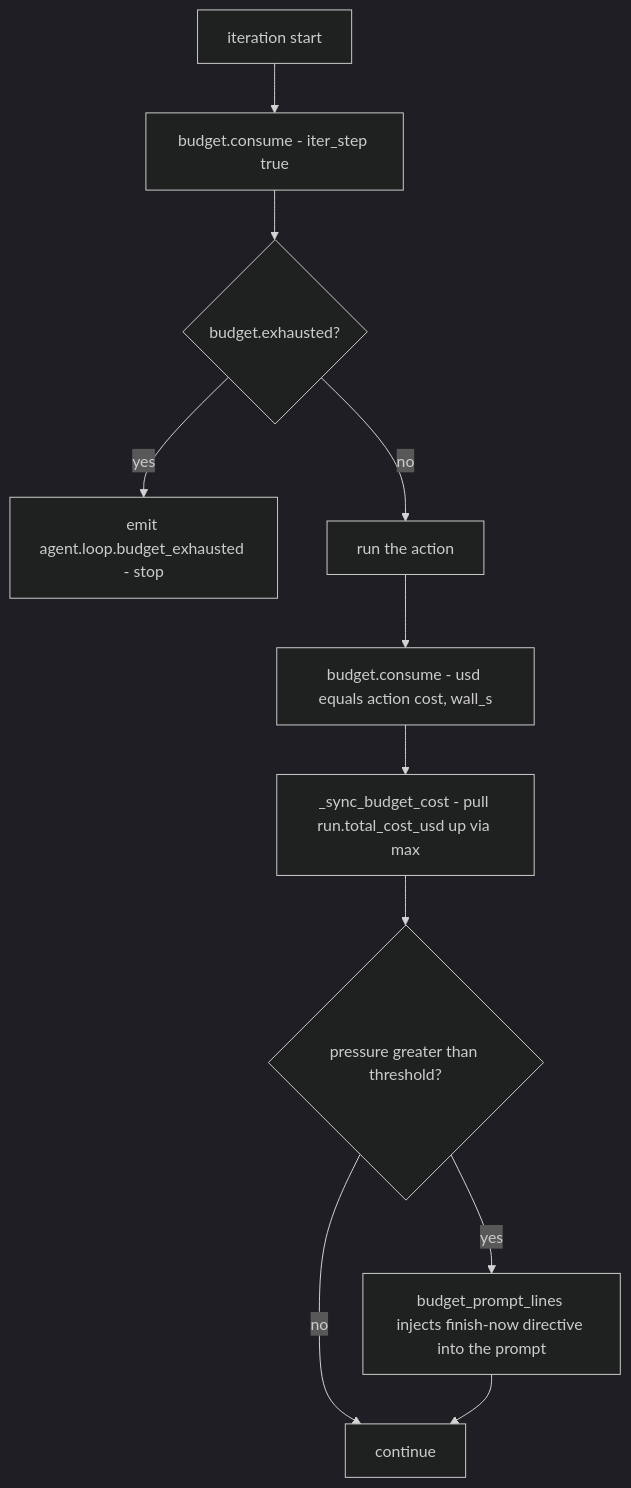
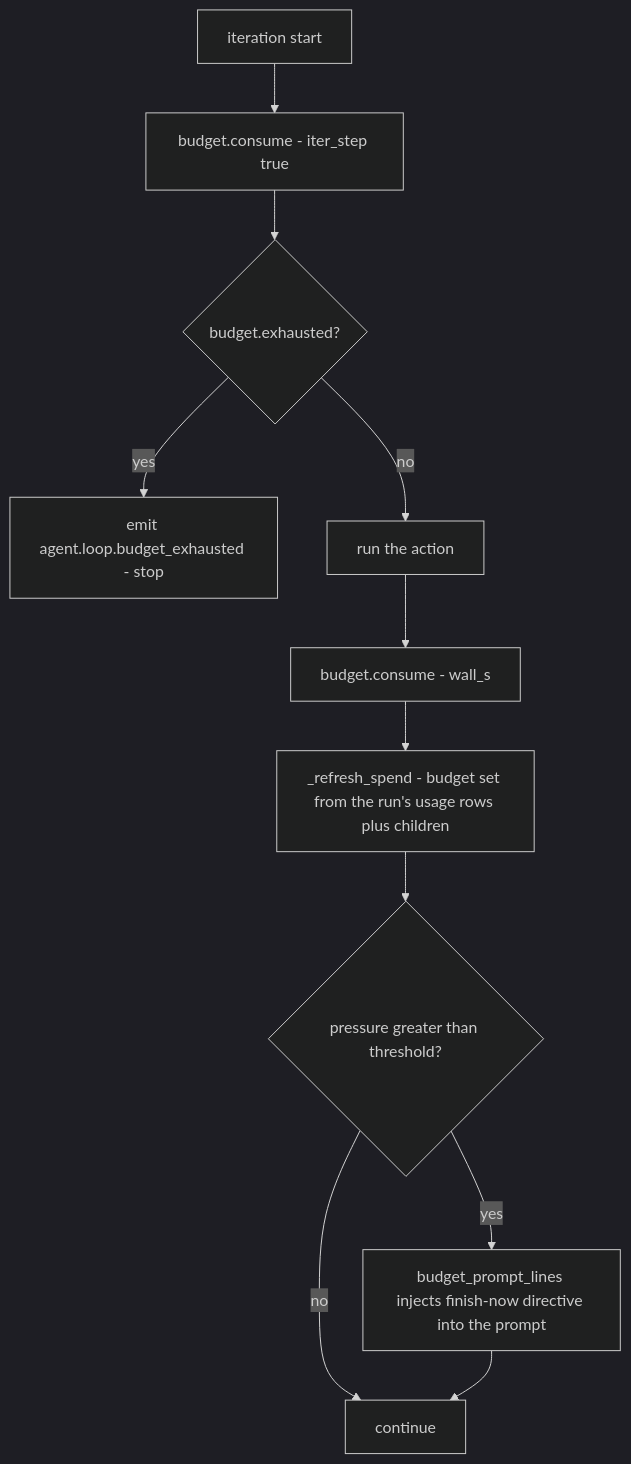
Before and after one commit to gondolerahul/hire-buddha-app: diagram 18 of 25 in docs/current/14-billing-and-credits.md, drawn with Mermaid (dark theme). The commit also changed other lines of this file and 26 other files, not shown here.

````diff
--- a/docs/current/14-billing-and-credits.md
+++ b/docs/current/14-billing-and-credits.md
@@ -1031,13 +1042,13 @@
 ```mermaid
 flowchart TD
     A["iteration start"] --> B["budget.consume - iter_step true"]
     B --> C{"budget.exhausted?"}
     C -->|yes| D["emit agent.loop.budget_exhausted - stop"]
     C -->|no| E["run the action"]
-    E --> F["budget.consume - usd equals action cost, wall_s"]
-    F --> G["_sync_budget_cost - pull run.total_cost_usd up via max"]
+    E --> F["budget.consume - wall_s"]
+    F --> G["_refresh_spend - budget set from the run's usage rows plus children"]
     G --> H{"pressure greater than threshold?"}
     H -->|yes| I["budget_prompt_lines injects finish-now directive into the prompt"]
     H -->|no| J["continue"]
     I --> J
 ```
````
